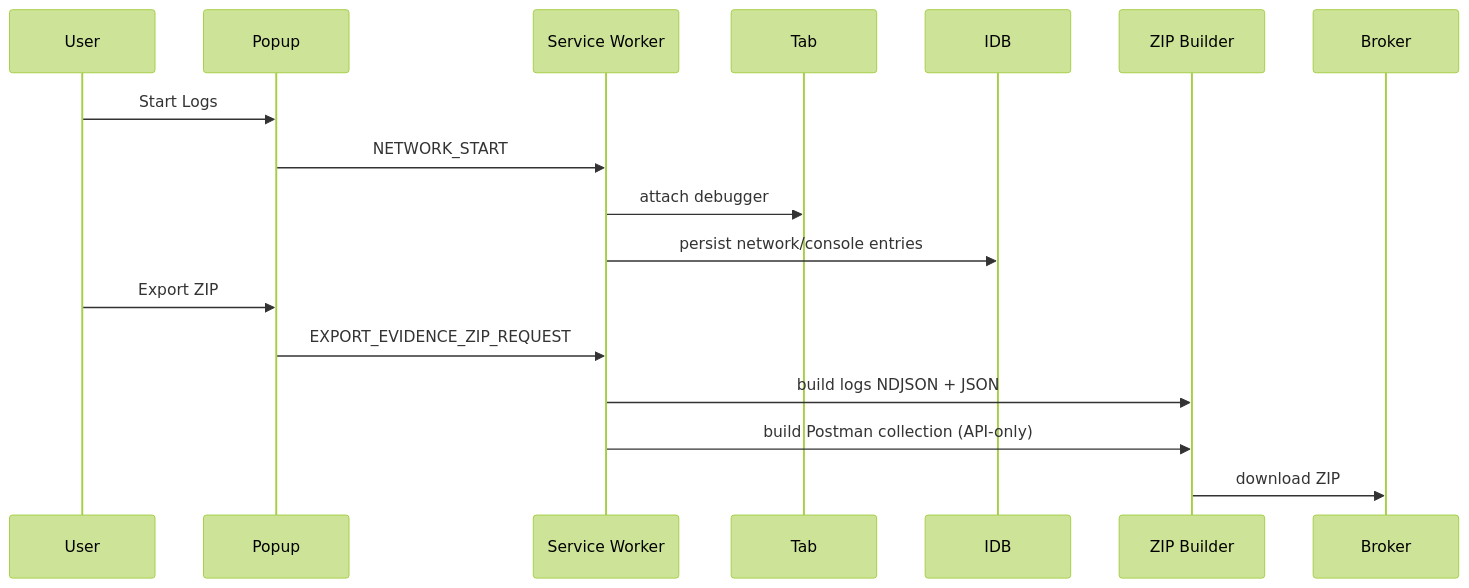
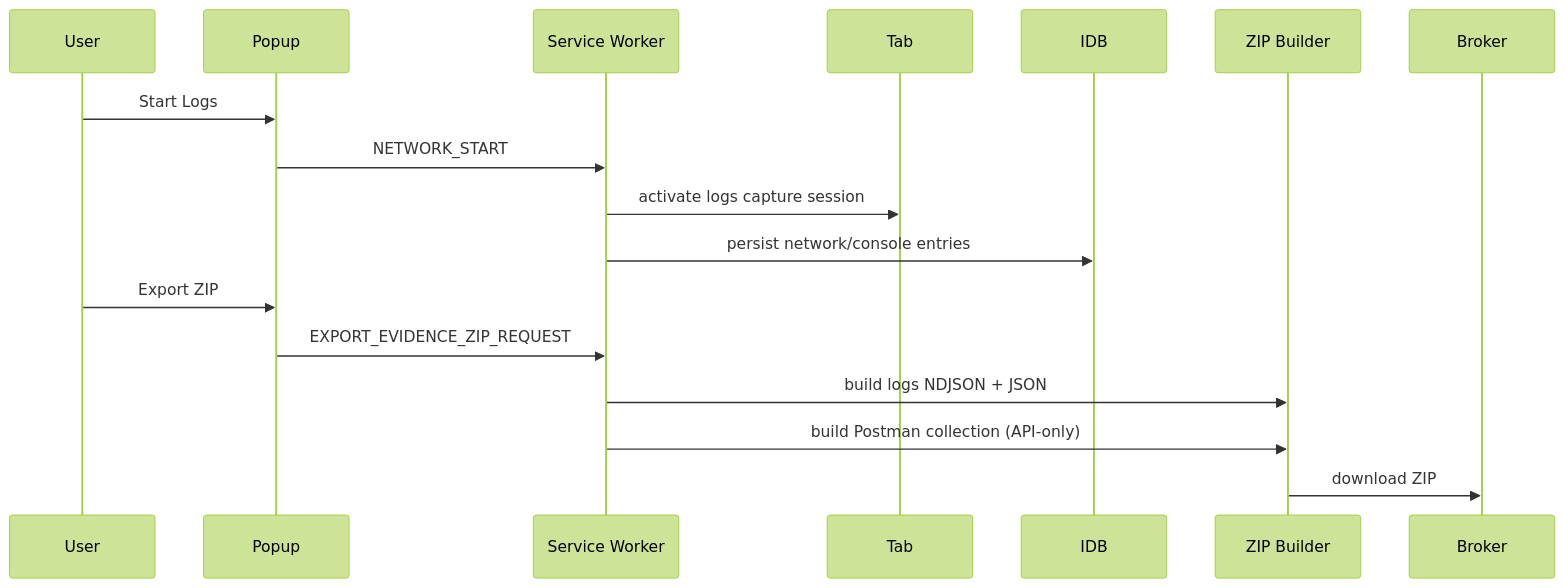
Before and after one commit to Kishorekomminenik/CleanrMLP1: the fifth of 7 diagrams in extension/docs/architecture/repro-architecture-v1.md, drawn with Mermaid (forest theme). The commit also changed other lines of this file, not shown here.

Commit message:
Refresh Repro V1 architecture diagrams

````diff
--- a/extension/docs/architecture/repro-architecture-v1.md
+++ b/extension/docs/architecture/repro-architecture-v1.md
@@ -150,21 +154,21 @@
 ```mermaid
 sequenceDiagram
   participant User
   participant Popup
   participant SW as Service Worker
   participant Tab
   participant IDB
   participant Zip as ZIP Builder
   participant Broker
 
   User->>Popup: Start Logs
   Popup->>SW: NETWORK_START
-  SW->>Tab: attach debugger
+  SW->>Tab: activate logs capture session
   SW->>IDB: persist network/console entries
 
   User->>Popup: Export ZIP
   Popup->>SW: EXPORT_EVIDENCE_ZIP_REQUEST
   SW->>Zip: build logs NDJSON + JSON
   SW->>Zip: build Postman collection (API-only)
   Zip->>Broker: download ZIP
 ```
````
